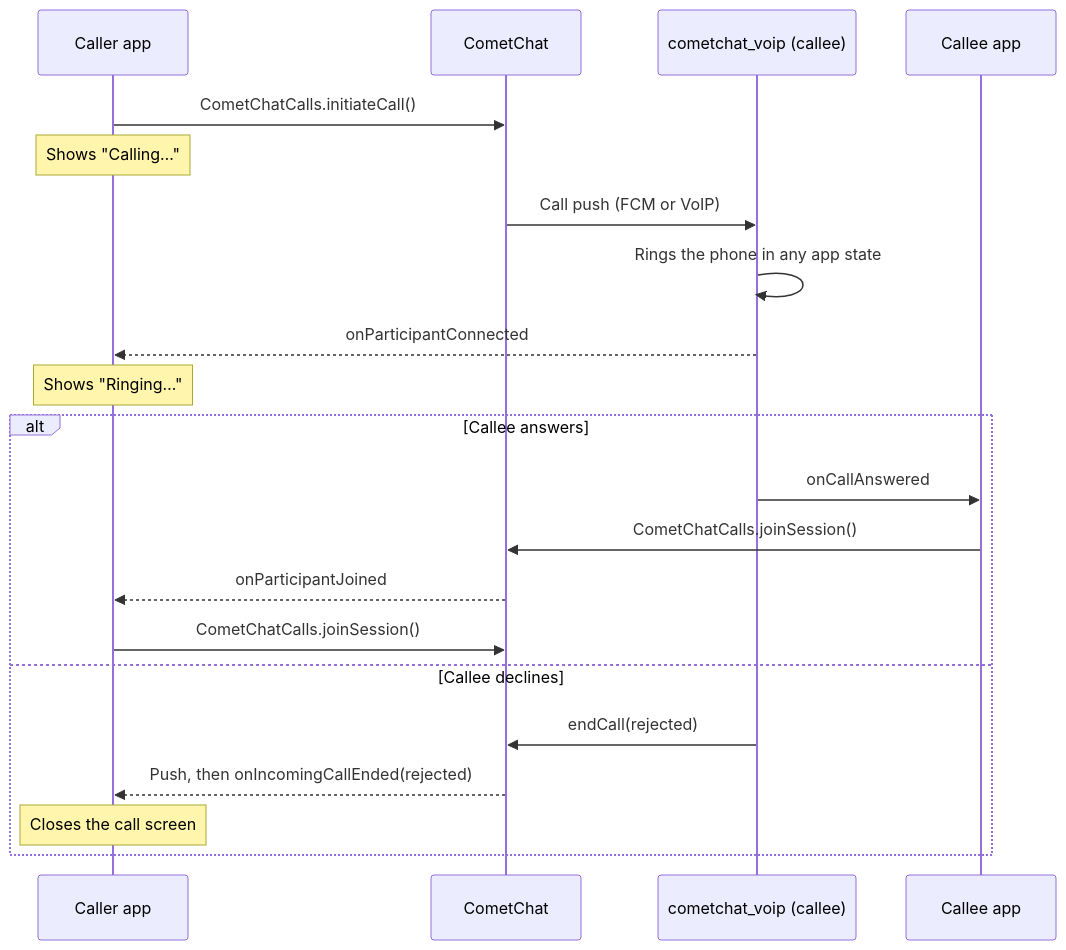
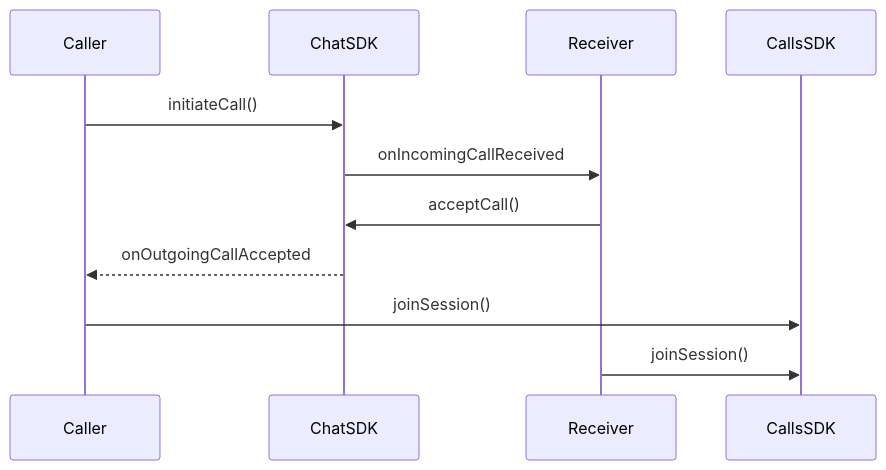
Before and after one commit to cometchat/docs: the first of 2 diagrams in calls/flutter/ringing.mdx, drawn with Mermaid. The commit also changed other lines of this file and 21 other files, not shown here.

First line of the commit message:
docs(flutter): hold the cometchat_voip, push and UI Kit ringing pages for their release

````diff
--- a/calls/flutter/ringing.mdx
+++ b/calls/flutter/ringing.mdx
@@ -25,24 +21,14 @@
 ```mermaid
 sequenceDiagram
-    participant Caller as Caller app
-    participant Server as CometChat
-    participant Voip as cometchat_voip (callee)
-    participant Callee as Callee app
-
-    Caller->>Server: CometChatCalls.initiateCall()
-    Note over Caller: Shows "Calling…"
-    Server->>Voip: Call push (FCM or VoIP)
-    Voip->>Voip: Rings the phone in any app state
-    Voip-->>Caller: onParticipantConnected
-    Note over Caller: Shows "Ringing…"
-    alt Callee answers
-        Voip->>Callee: onCallAnswered
-        Callee->>Server: CometChatCalls.joinSession()
-        Server-->>Caller: onParticipantJoined
-        Caller->>Server: CometChatCalls.joinSession()
-    else Callee declines
-        Voip->>Server: endCall(rejected)
-        Server-->>Caller: Push, then onIncomingCallEnded(rejected)
-        Note over Caller: Closes the call screen
-    end
+    participant Caller
+    participant ChatSDK
+    participant Receiver
+    participant CallsSDK
+    
+    Caller->>ChatSDK: initiateCall()
+    ChatSDK->>Receiver: onIncomingCallReceived
+    Receiver->>ChatSDK: acceptCall()
+    ChatSDK-->>Caller: onOutgoingCallAccepted
+    Caller->>CallsSDK: joinSession()
+    Receiver->>CallsSDK: joinSession()
 ```
````
